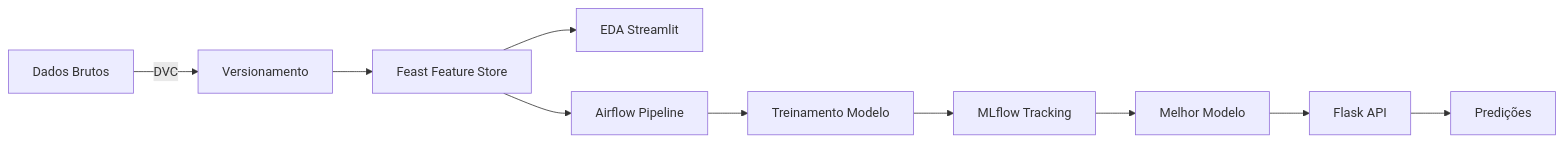
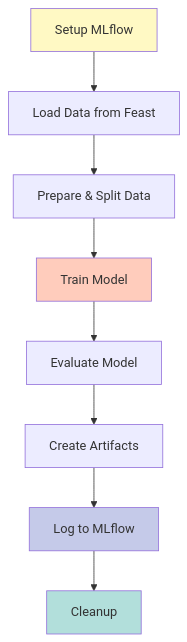
The fourth of 5 diagrams in README.md (velosoberti/MLOps), drawn with Mermaid before and after one commit. The commit also changed other lines of this file, not shown here.

````diff
--- a/README.md
+++ b/README.md
@@ -183,12 +219,15 @@
 ```mermaid
-graph LR
-    A[Dados Brutos] -->|DVC| B[Versionamento]
-    B --> C[Feast Feature Store]
-    C --> D[EDA Streamlit]
-    C --> E[Airflow Pipeline]
-    E --> F[Treinamento Modelo]
-    F --> G[MLflow Tracking]
-    G --> H[Melhor Modelo]
-    H --> I[Flask API]
-    I --> J[Predições]
+graph TB
+    A[Setup MLflow] --> B[Load Data from Feast]
+    B --> C[Prepare & Split Data]
+    C --> D[Train Model]
+    D --> E[Evaluate Model]
+    E --> F[Create Artifacts]
+    F --> G[Log to MLflow]
+    G --> H[Cleanup]
+    
+    style A fill:#fff9c4
+    style D fill:#ffccbc
+    style G fill:#c5cae9
+    style H fill:#b2dfdb
 ```
````
